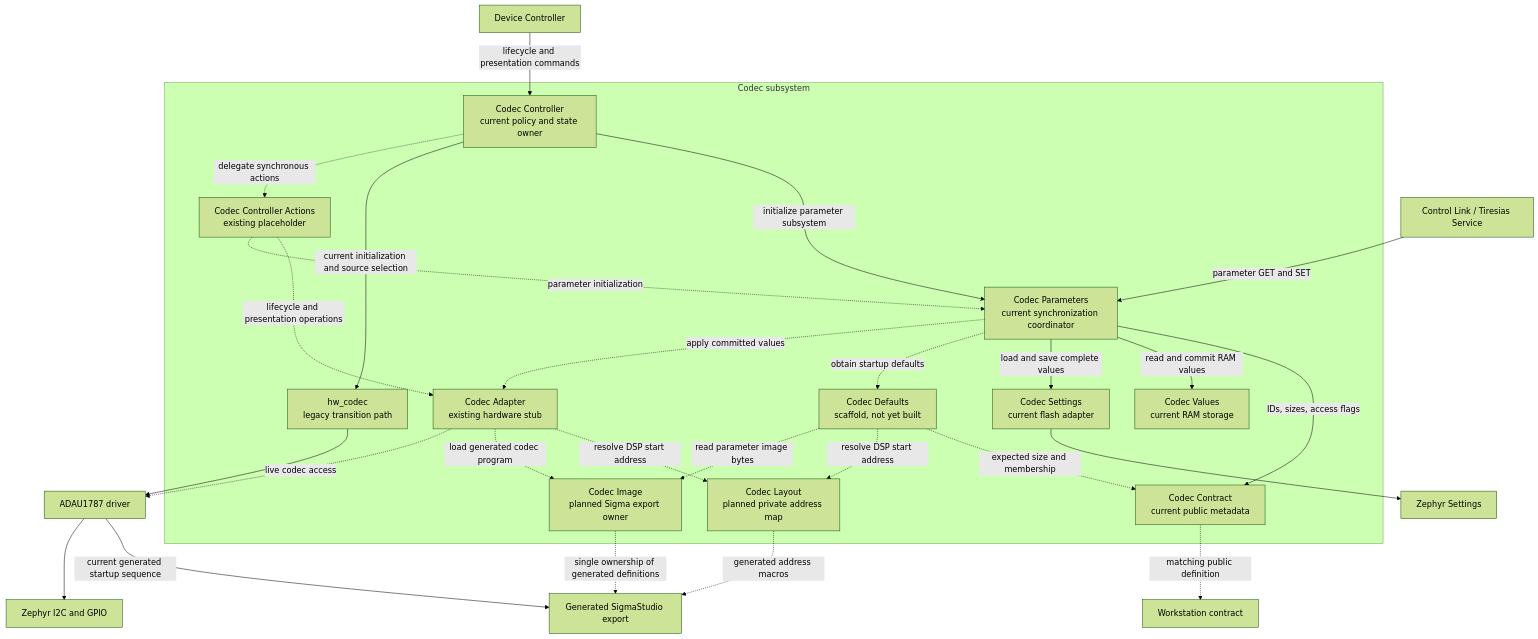
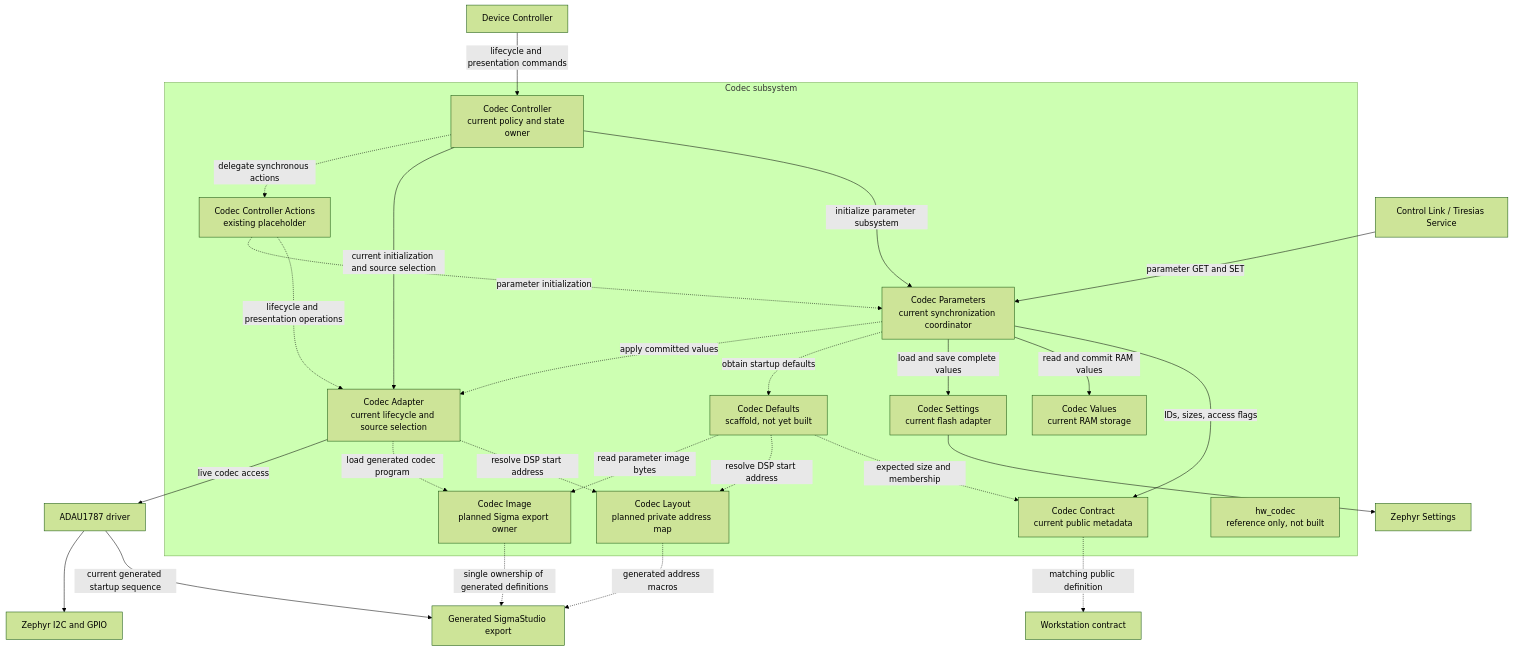
One commit to felipepimentab/tiresias-firmware changed the first of 2 diagrams in docs/architecture/codec-subsystem.md. Above: the diagram before and after it, drawn with Mermaid (forest theme). The commit also changed other lines of this file and 1 other file, not shown here.

Commit message:
docs(codec): document adapter ownership and legacy reference

````diff
--- a/docs/architecture/codec-subsystem.md
+++ b/docs/architecture/codec-subsystem.md
@@ -14,53 +14,52 @@
 ```mermaid
 flowchart TB
     device[Device Controller]
     control[Control Link / Tiresias Service]
     workstation[Workstation contract]
 
     subgraph codec[Codec subsystem]
         controller["Codec Controller<br/>current policy and state owner"]
         actions["Codec Controller Actions<br/>existing placeholder"]
         parameters["Codec Parameters<br/>current synchronization coordinator"]
         contract["Codec Contract<br/>current public metadata"]
         values["Codec Values<br/>current RAM storage"]
         settings["Codec Settings<br/>current flash adapter"]
         defaults["Codec Defaults<br/>scaffold, not yet built"]
         layout["Codec Layout<br/>planned private address map"]
-        adapter["Codec Adapter<br/>existing hardware stub"]
+        adapter["Codec Adapter<br/>current lifecycle and source selection"]
         image["Codec Image<br/>planned Sigma export owner"]
-        legacy["hw_codec<br/>legacy transition path"]
+        legacy["hw_codec<br/>reference only, not built"]
     end
 
     zephyrSettings[Zephyr Settings]
     sigma["Generated SigmaStudio export"]
     driver[ADAU1787 driver]
     bus[Zephyr I2C and GPIO]
 
     device -->|lifecycle and presentation commands| controller
     control -->|parameter GET and SET| parameters
     controller -->|initialize parameter subsystem| parameters
     parameters -->|IDs, sizes, access flags| contract
     parameters -->|read and commit RAM values| values
     parameters -->|load and save complete values| settings
     settings --> zephyrSettings
     contract -. matching public definition .-> workstation
 
-    controller -->|current initialization and source selection| legacy
-    legacy --> driver
+    controller -->|current initialization and source selection| adapter
     driver -->|current generated startup sequence| sigma
 
     controller -. delegate synchronous actions .-> actions
     actions -. lifecycle and presentation operations .-> adapter
     actions -. parameter initialization .-> parameters
     parameters -. obtain startup defaults .-> defaults
     parameters -. apply committed values .-> adapter
     defaults -. expected size and membership .-> contract
     defaults -. resolve DSP start address .-> layout
     defaults -. read parameter image bytes .-> image
     adapter -. resolve DSP start address .-> layout
     adapter -. load generated codec program .-> image
-    adapter -. live codec access .-> driver
+    adapter -->|live codec access| driver
     layout -. generated address macros .-> sigma
     image -. single ownership of generated definitions .-> sigma
     driver --> bus
 ```
````
